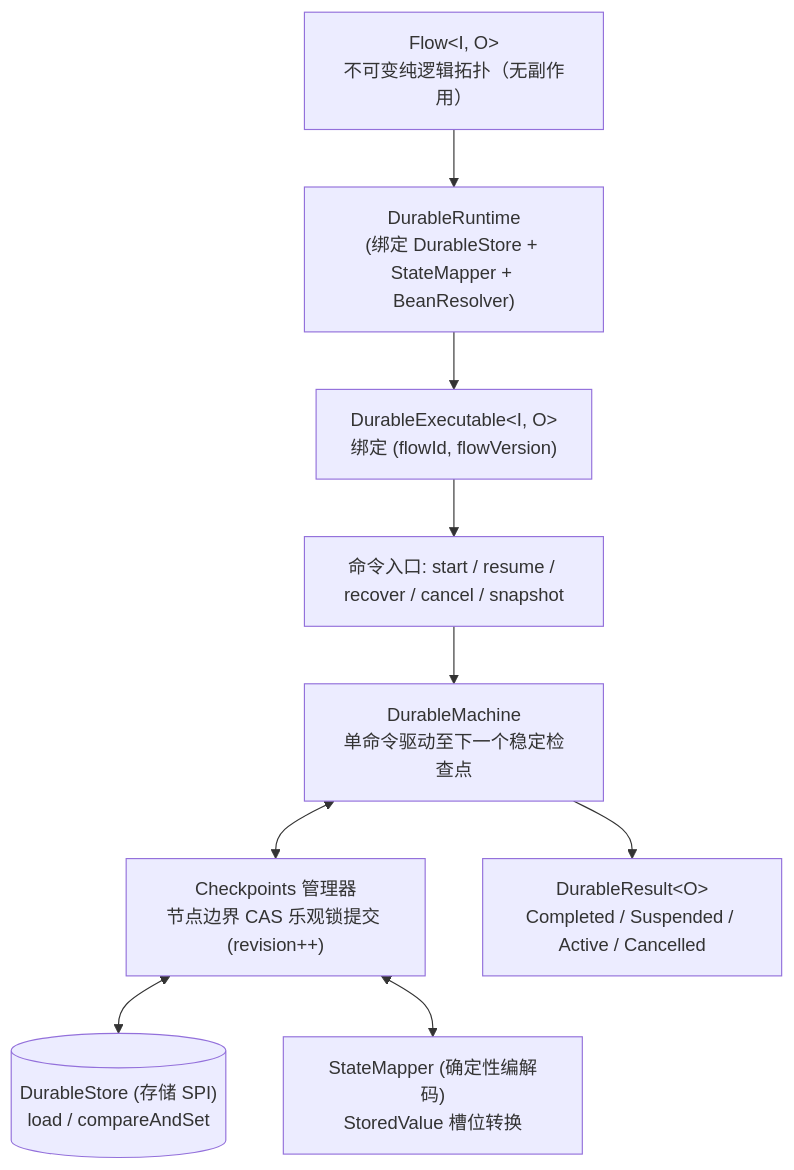
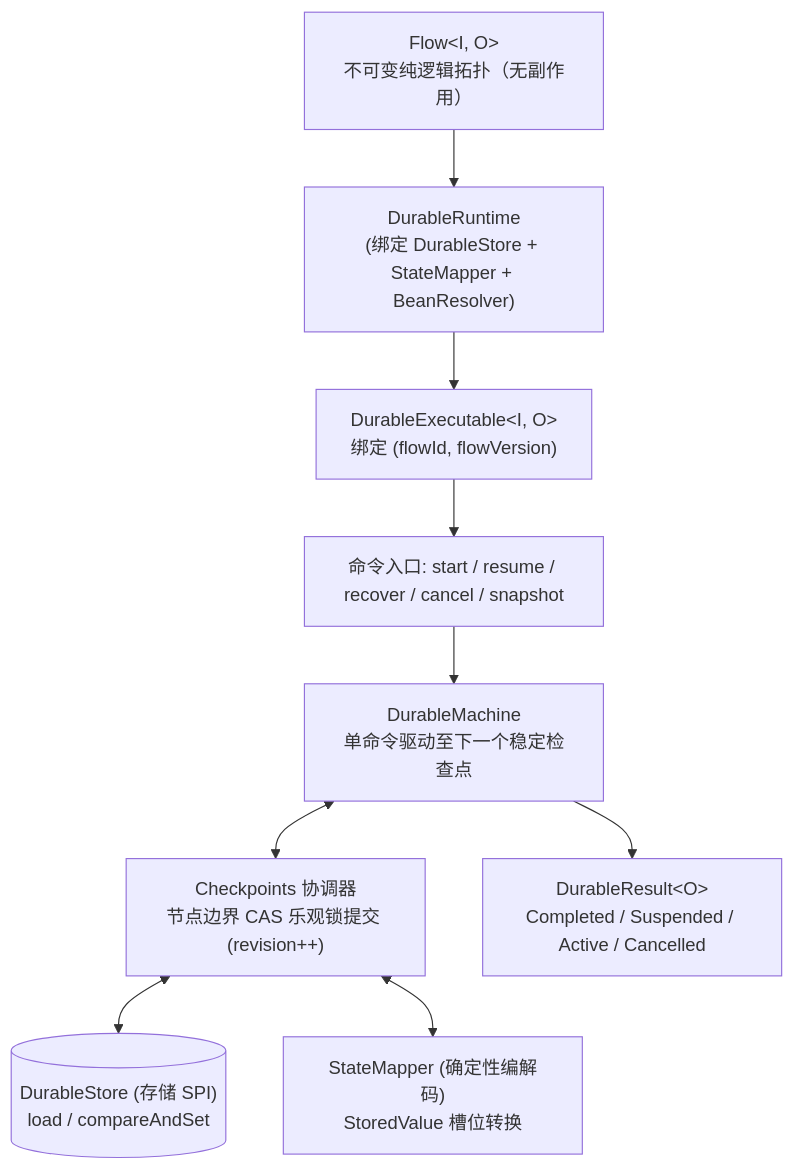
Before and after one commit to team4u/team4u-framework: the first of 3 diagrams in docs/flow/flow-durable-core.md, drawn with Mermaid. The commit also changed other lines of this file and 21 other files, not shown here.

Commit message:
docs(flow): deepen technical documentation across core, governance, durable, and testing

````diff
--- a/docs/flow/flow-durable-core.md
+++ b/docs/flow/flow-durable-core.md
@@ -11,14 +11,14 @@
 ```mermaid
 graph TD
     F["Flow&lt;I, O&gt;<br/>不可变纯逻辑拓扑（无副作用）"] --> RT["DurableRuntime<br/>(绑定 DurableStore + StateMapper + BeanResolver)"]
     RT --> EX["DurableExecutable&lt;I, O&gt;<br/>绑定 (flowId, flowVersion)"]
     
     EX --> CMD["命令入口: start / resume / recover / cancel / snapshot"]
     CMD --> M["DurableMachine<br/>单命令驱动至下一个稳定检查点"]
     
-    M <--> CK["Checkpoints 管理器<br/>节点边界 CAS 乐观锁提交 (revision++)"]
+    M <--> CK["Checkpoints 协调器<br/>节点边界 CAS 乐观锁提交 (revision++)"]
     CK <--> ST[("DurableStore (存储 SPI)<br/>load / compareAndSet")]
     CK <--> SM["StateMapper (确定性编解码)<br/>StoredValue 槽位转换"]
     
     M --> RES["DurableResult&lt;O&gt;<br/>Completed / Suspended / Active / Cancelled"]
 ```
````
